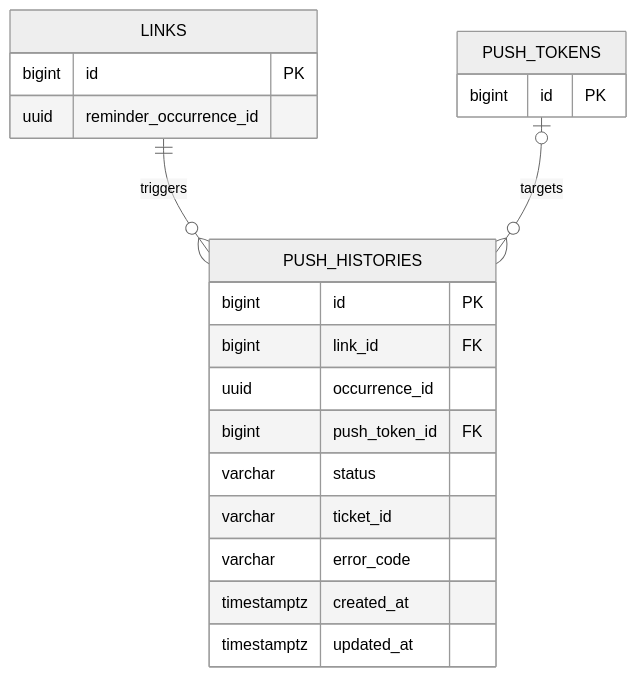
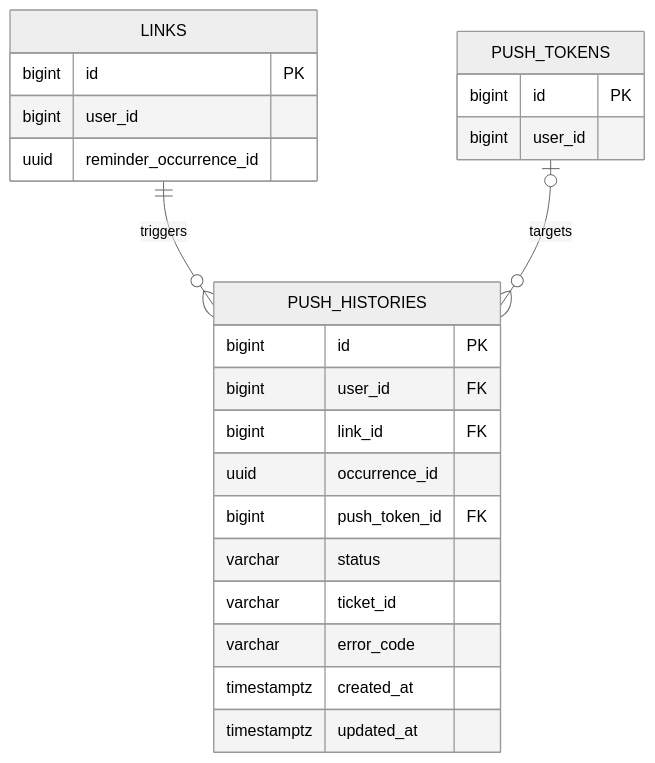
One commit to mash-up-kr/Promise.9-Server changed the diagram in docs/database/tables/push_histories.md. Above: the diagram before and after it, drawn with Mermaid (neutral theme). The commit also changed other lines of this file and 8 other files, not shown here.

````diff
--- a/docs/database/tables/push_histories.md
+++ b/docs/database/tables/push_histories.md
@@ -7,26 +7,29 @@
 ```mermaid
 erDiagram
   LINKS ||--o{ PUSH_HISTORIES : triggers
   PUSH_TOKENS |o--o{ PUSH_HISTORIES : targets
 
   LINKS {
     bigint id PK
+    bigint user_id
     uuid reminder_occurrence_id
   }
 
   PUSH_TOKENS {
     bigint id PK
+    bigint user_id
   }
 
   PUSH_HISTORIES {
     bigint id PK
+    bigint user_id FK
     bigint link_id FK
     uuid occurrence_id
     bigint push_token_id FK
     varchar status
     varchar ticket_id
     varchar error_code
     timestamptz created_at
     timestamptz updated_at
   }
 ```
````
